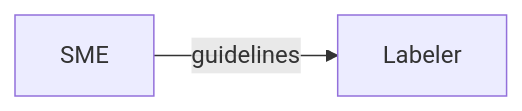
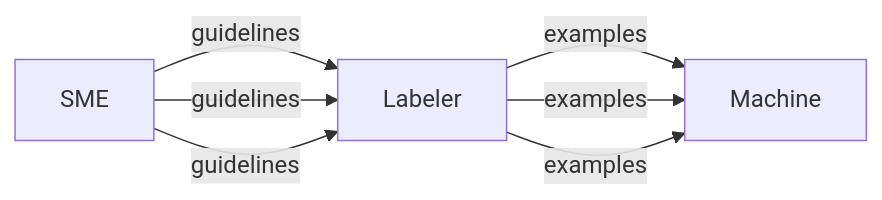
The second of 2 diagrams in tune_foundational_models/README.md (borisdev/research), drawn with Mermaid before and after one commit. The commit also changed other lines of this file, not shown here.

Commit message:
fine tune diagram

````diff
--- a/tune_foundational_models/README.md
+++ b/tune_foundational_models/README.md
@@ -36,4 +36,9 @@
 ```mermaid
 flowchart LR
     SME-- guidelines -->Labeler
+    SME-- guidelines -->Labeler
+    SME-- guidelines -->Labeler
+    Labeler-- examples -->Machine
+    Labeler-- examples -->Machine
+    Labeler-- examples -->Machine
 ```
````
